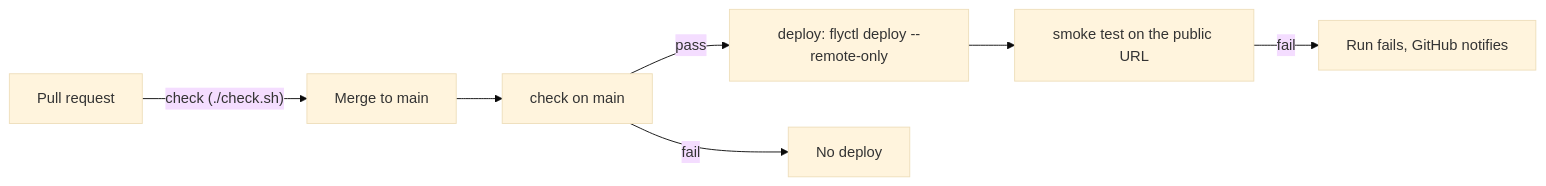
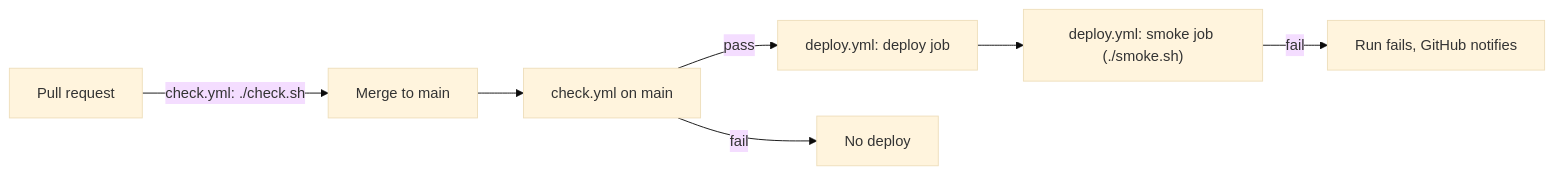
Before and after one commit to VOxFF/schematics-ai-tutor: the diagram in docs/deployment.md, drawn with Mermaid (base theme). The commit also changed other lines of this file and 6 other files, not shown here.

Commit message:
Deployment: deploy.yml (deploy and smoke jobs after check passes on main), ./smoke.sh

````diff
--- a/docs/deployment.md
+++ b/docs/deployment.md
@@ -37,9 +37,9 @@
 ```mermaid
 flowchart LR
-    PR[Pull request] -->|"check (./check.sh)"| M[Merge to main]
-    M --> C["check on main"]
-    C -->|pass| D["deploy: flyctl deploy --remote-only"]
+    PR[Pull request] -->|"check.yml: ./check.sh"| M[Merge to main]
+    M --> C["check.yml on main"]
+    C -->|pass| D["deploy.yml: deploy job"]
     C -->|fail| X[No deploy]
-    D --> S["smoke test on the public URL"]
+    D --> S["deploy.yml: smoke job (./smoke.sh)"]
     S -->|fail| F[Run fails, GitHub notifies]
 ```
````
